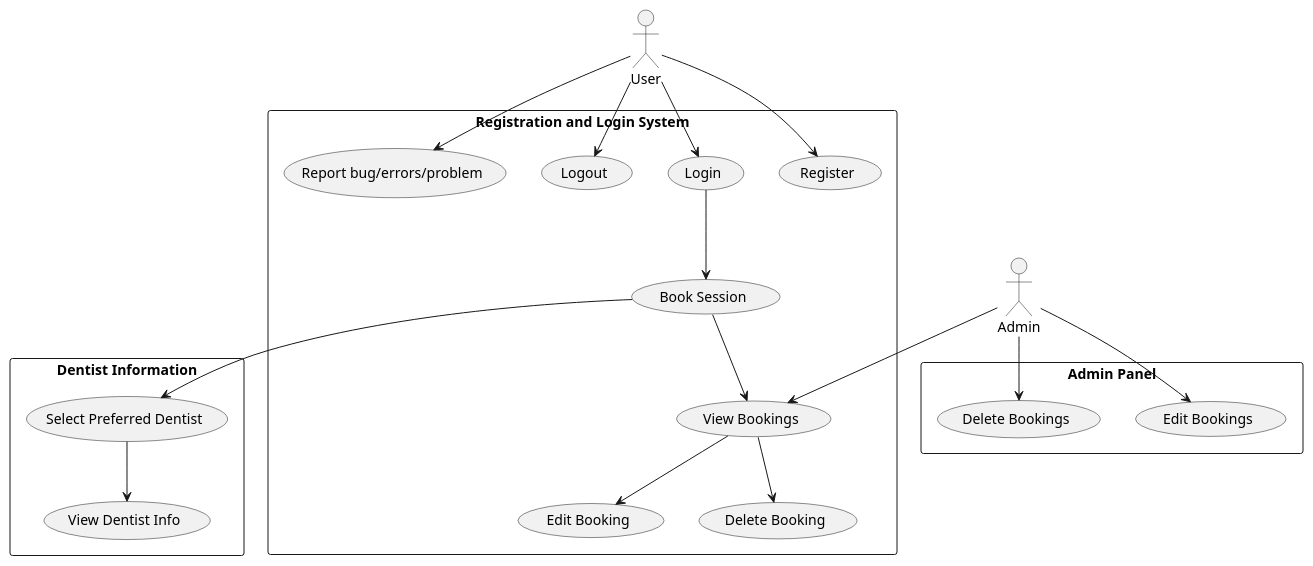
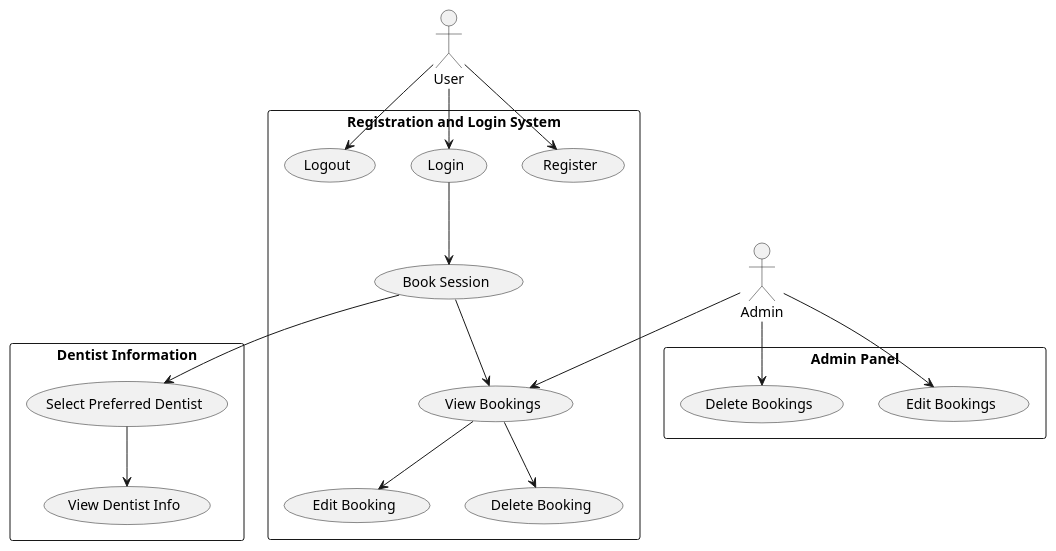
One commit to PatMSK/SWdevprac-project changed the diagram in plantuml/usecase.puml. Above: the diagram before and after it, drawn with PlantUML. The commit also changed 5 other files, not shown here.

Commit message:
update diagram 2

```diff
--- a/plantuml/usecase.puml
+++ b/plantuml/usecase.puml
@@ -1,28 +1,27 @@
 @startuml
 actor "User" as User
 actor "Admin" as Admin
 
 rectangle "Registration and Login System" {
   User --> (Register)
   User --> (Login)
   User --> (Logout)
   
   (Login) --> (Book Session)
   (Book Session) --> (View Bookings)
   (View Bookings) --> (Edit Booking)
   (View Bookings) --> (Delete Booking)
-  User --> (Report bug/errors/problem)
 }
 
 rectangle "Admin Panel" {
   Admin --> (View Bookings)
   Admin --> (Edit Bookings)
   Admin --> (Delete Bookings)
 }
 
 rectangle "Dentist Information" {
   (Book Session) --> (Select Preferred Dentist)
   (Select Preferred Dentist) --> (View Dentist Info)
 }
 
 @enduml
```
